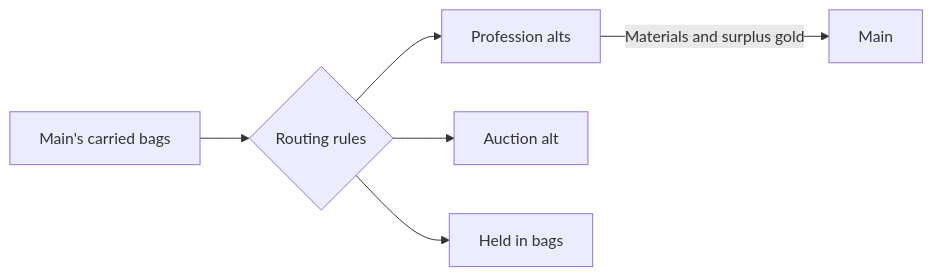
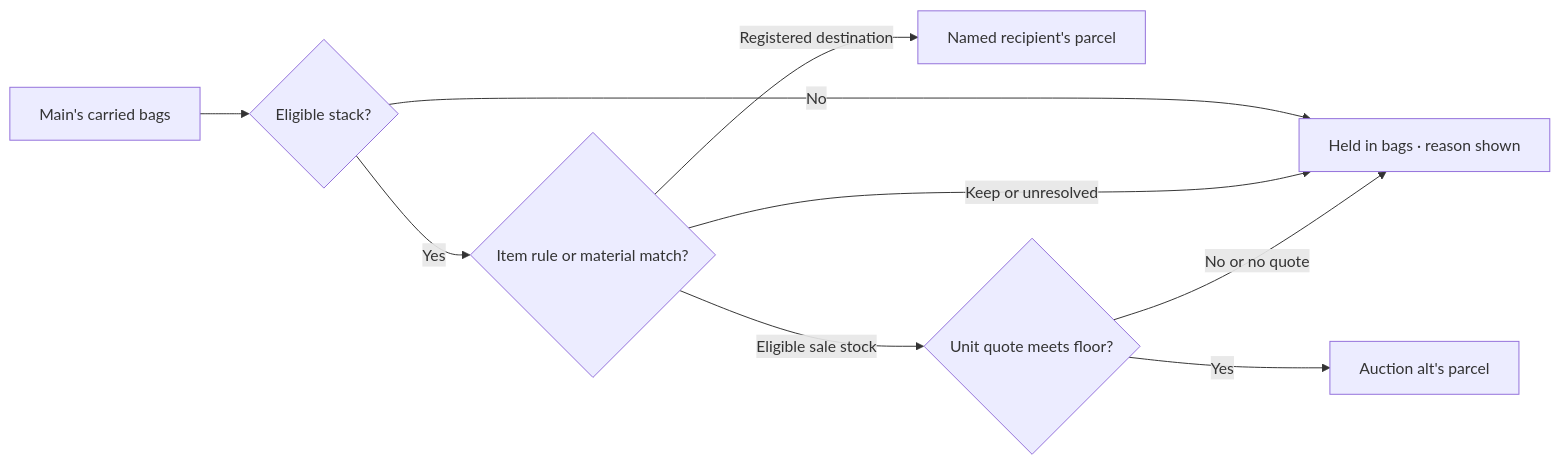
The diagram in README.md (LML-Studio/ForeverGoblinMailer), drawn with Mermaid before and after one commit. The commit also changed other lines of this file and 24 other files, not shown here.

````diff
--- a/README.md
+++ b/README.md
@@ -50,8 +35,11 @@
 ```mermaid
 flowchart LR
-    B["Main's carried bags"] --> R{"Routing rules"}
-    R --> P["Profession alts"]
-    R --> A["Auction alt"]
-    R --> H["Held in bags"]
-    P -->|"Materials and surplus gold"| M["Main"]
+    B["Main's carried bags"] --> C{"Eligible stack?"}
+    C -->|No| H["Held in bags · reason shown"]
+    C -->|Yes| R{"Item rule or material match?"}
+    R -->|Keep or unresolved| H
+    R -->|Registered destination| P["Named recipient's parcel"]
+    R -->|Eligible sale stock| A{"Unit quote meets floor?"}
+    A -->|Yes| S["Auction alt's parcel"]
+    A -->|No or no quote| H
 ```
````
